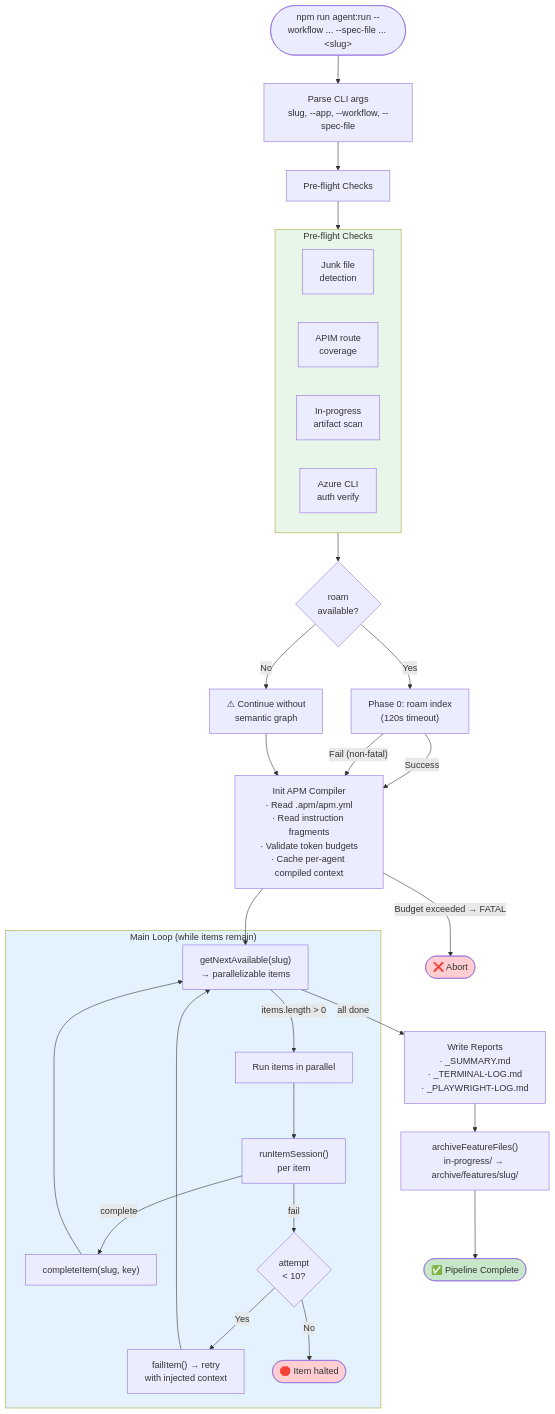
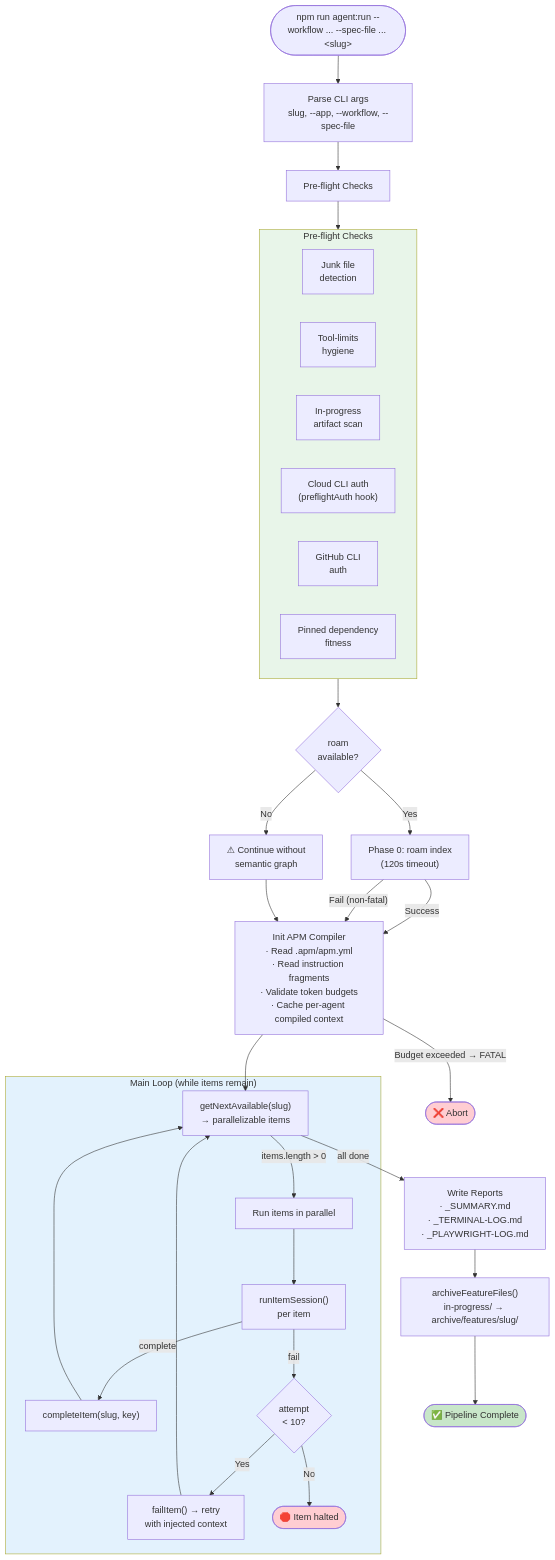
One commit to RomanKaliupinMelonusa/DAGent-t changed the first of 5 diagrams in tools/autonomous-factory/docs/01-watchdog.md. Above: the diagram before and after it, drawn with Mermaid. The commit also changed other lines of this file and 20 other files, not shown here.

First line of the commit message:
Emit Playwright reports as handler-output (hook+schema)

````diff
--- a/tools/autonomous-factory/docs/01-watchdog.md
+++ b/tools/autonomous-factory/docs/01-watchdog.md
@@ -23,49 +23,51 @@
 ```mermaid
 flowchart TD
     START(["npm run agent:run --workflow ... --spec-file ... &lt;slug&gt;"])
 
     START --> PARSE["Parse CLI args\nslug, --app, --workflow, --spec-file"]
     PARSE --> PREFLIGHT["Pre-flight Checks"]
 
     subgraph PF["Pre-flight Checks"]
         direction LR
         PF1["Junk file\ndetection"]
-        PF2["APIM route\ncoverage"]
+        PF2["Tool-limits\nhygiene"]
         PF3["In-progress\nartifact scan"]
-        PF4["Azure CLI\nauth verify"]
+        PF4["Cloud CLI auth\n(preflightAuth hook)"]
+        PF5["GitHub CLI\nauth"]
+        PF6["Pinned dependency\nfitness"]
     end
     PREFLIGHT --> PF
 
     PF --> ROAM{"roam\navailable?"}
     ROAM -->|"Yes"| INDEX["Phase 0: roam index\n(120s timeout)"]
     ROAM -->|"No"| WARN["⚠ Continue without\nsemantic graph"]
     INDEX -->|"Success"| ASSEMBLER
     INDEX -->|"Fail (non-fatal)"| ASSEMBLER
     WARN --> ASSEMBLER
 
     ASSEMBLER["Init APM Compiler\n· Read .apm/apm.yml\n· Read instruction fragments\n· Validate token budgets\n· Cache per-agent compiled context"]
     ASSEMBLER -->|"Budget exceeded → FATAL"| ABORT(["❌ Abort"])
     ASSEMBLER --> LOOP
 
     subgraph MAIN_LOOP["Main Loop (while items remain)"]
         LOOP["getNextAvailable(slug)\n→ parallelizable items"]
         LOOP -->|"items.length > 0"| PARALLEL["Run items in parallel"]
         PARALLEL --> SESSION["runItemSession()\nper item"]
         SESSION -->|"complete"| ADVANCE["completeItem(slug, key)"]
         SESSION -->|"fail"| FAIL_CHECK{"attempt\n< 10?"}
         FAIL_CHECK -->|"Yes"| RETRY["failItem() → retry\nwith injected context"]
         FAIL_CHECK -->|"No"| HALT(["🛑 Item halted"])
         ADVANCE --> LOOP
         RETRY --> LOOP
     end
 
     LOOP -->|"all done"| REPORTS["Write Reports\n· _SUMMARY.md\n· _TERMINAL-LOG.md\n· _PLAYWRIGHT-LOG.md"]
     REPORTS --> ARCHIVE["archiveFeatureFiles()\nin-progress/ → archive/features/slug/"]
     ARCHIVE --> DONE(["✅ Pipeline Complete"])
 
     style PF fill:#e8f5e9
     style MAIN_LOOP fill:#e3f2fd
     style ABORT fill:#ffcdd2
     style HALT fill:#ffcdd2
     style DONE fill:#c8e6c9
 ```
````
